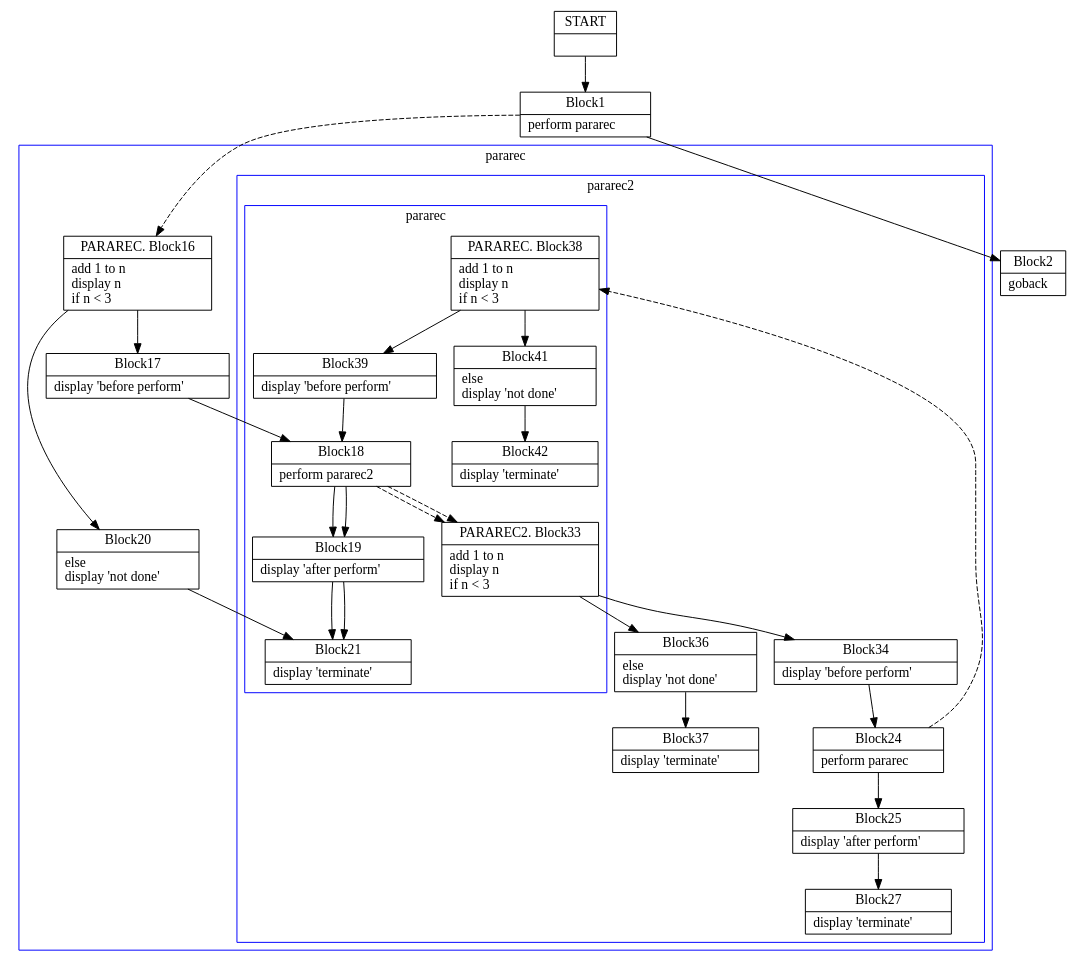
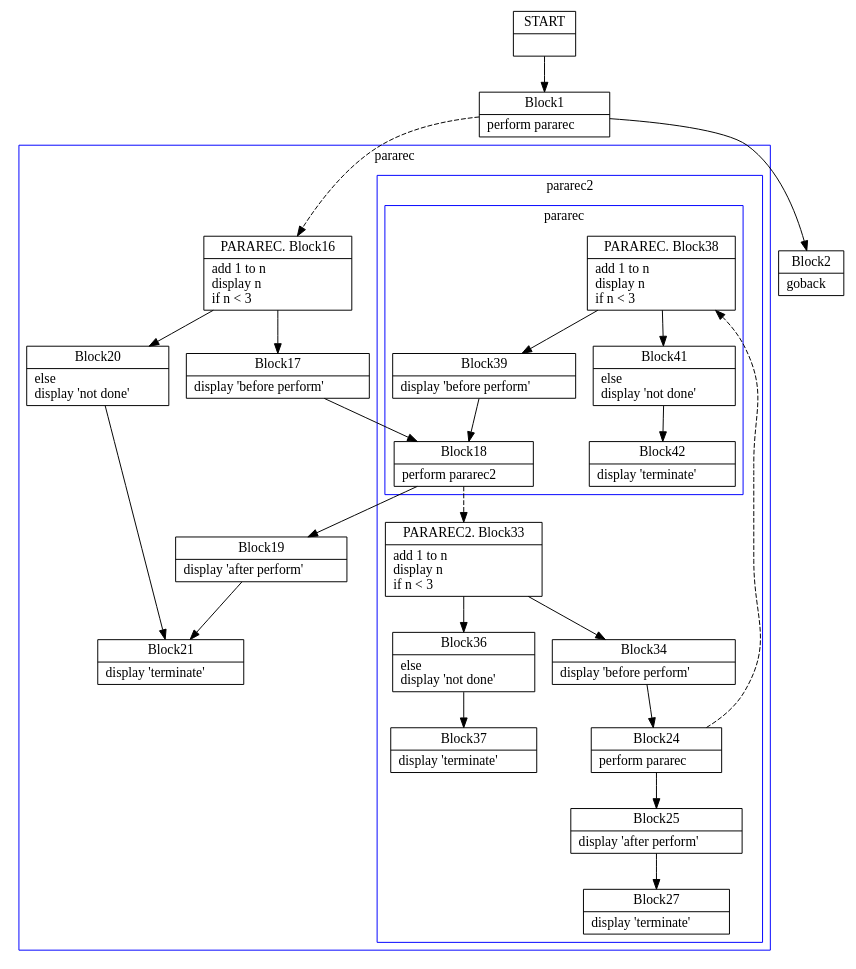
One commit to TypeCobolTeam/TypeCobol changed the diagram in TypeCobol.Analysis.Test/BasicCfgInstrs/PerformProc2Recursive0.dot. Above: the diagram before and after it, drawn with Graphviz. The commit also changed 12 other files, not shown here.

First line of the commit message:
WI #1268 Avoid duplicate outgoing edges in recursive graphs

```diff
--- a/TypeCobol.Analysis.Test/BasicCfgInstrs/PerformProc2Recursive0.dot
+++ b/TypeCobol.Analysis.Test/BasicCfgInstrs/PerformProc2Recursive0.dot
@@ -1,123 +1,110 @@
 digraph Cfg {
 compound=true;
 node [
 shape = "record"
 ]
 
 edge [
 arrowtail = "empty"
 ]
 Block0 [
 label = "{START|}"
 ]
 Block1 [
 label = "{Block1|    perform pararec\l}"
 ]
 subgraph cluster_1{
 color = blue;
 label = "pararec";
 Block16 [
 label = "{PARAREC. Block16|    add 1 to n\l    display n\l    if n \< 3\l}"
 ]
 Block17 [
 label = "{Block17|       display 'before perform'\l}"
 ]
 Block18 [
 label = "{Block18|       perform pararec2\l}"
 ]
 subgraph cluster_2{
 color = blue;
 label = "pararec2";
 Block33 [
 label = "{PARAREC2. Block33|    add 1 to n\l    display n\l    if n \< 3\l}"
 ]
 Block34 [
 label = "{Block34|       display 'before perform'\l}"
 ]
 Block24 [
 label = "{Block24|       perform pararec\l}"
 ]
 subgraph cluster_3{
 color = blue;
 label = "pararec";
 Block38 [
 label = "{PARAREC. Block38|    add 1 to n\l    display n\l    if n \< 3\l}"
 ]
 Block39 [
 label = "{Block39|       display 'before perform'\l}"
 ]
-Block18 [
-label = "{Block18|       perform pararec2\l}"
-]
-Block18 -> Block33 [style=dashed]
-
-Block19 [
-label = "{Block19|       display 'after perform'\l}"
-]
-Block21 [
-label = "{Block21|    display 'terminate'\l}"
-]
 Block41 [
 label = "{Block41|    else\l       display 'not done'\l}"
 ]
 Block42 [
 label = "{Block42|    display 'terminate'\l}"
 ]
 Block38 -> Block39
 Block38 -> Block41
 Block39 -> Block18
-Block18 -> Block19
-Block19 -> Block21
 Block41 -> Block42
 
 }
 Block24 -> Block38 [style=dashed]
 
 Block25 [
 label = "{Block25|       display 'after perform'\l}"
 ]
 Block27 [
 label = "{Block27|    display 'terminate'\l}"
 ]
 Block36 [
 label = "{Block36|    else\l       display 'not done'\l}"
 ]
 Block37 [
 label = "{Block37|    display 'terminate'\l}"
 ]
 Block33 -> Block34
 Block33 -> Block36
 Block34 -> Block24
 Block24 -> Block25
 Block25 -> Block27
 Block36 -> Block37
 
 }
 Block18 -> Block33 [style=dashed]
 
 Block19 [
 label = "{Block19|       display 'after perform'\l}"
 ]
 Block21 [
 label = "{Block21|    display 'terminate'\l}"
 ]
 Block20 [
 label = "{Block20|    else\l       display 'not done'\l}"
 ]
 Block16 -> Block17
 Block16 -> Block20
 Block17 -> Block18
 Block18 -> Block19
 Block19 -> Block21
 Block20 -> Block21
 
 }
 Block1 -> Block16 [style=dashed]
 
 Block2 [
 label = "{Block2|    goback\l}"
 ]
 Block0 -> Block1
 Block1 -> Block2
 
 }
```
